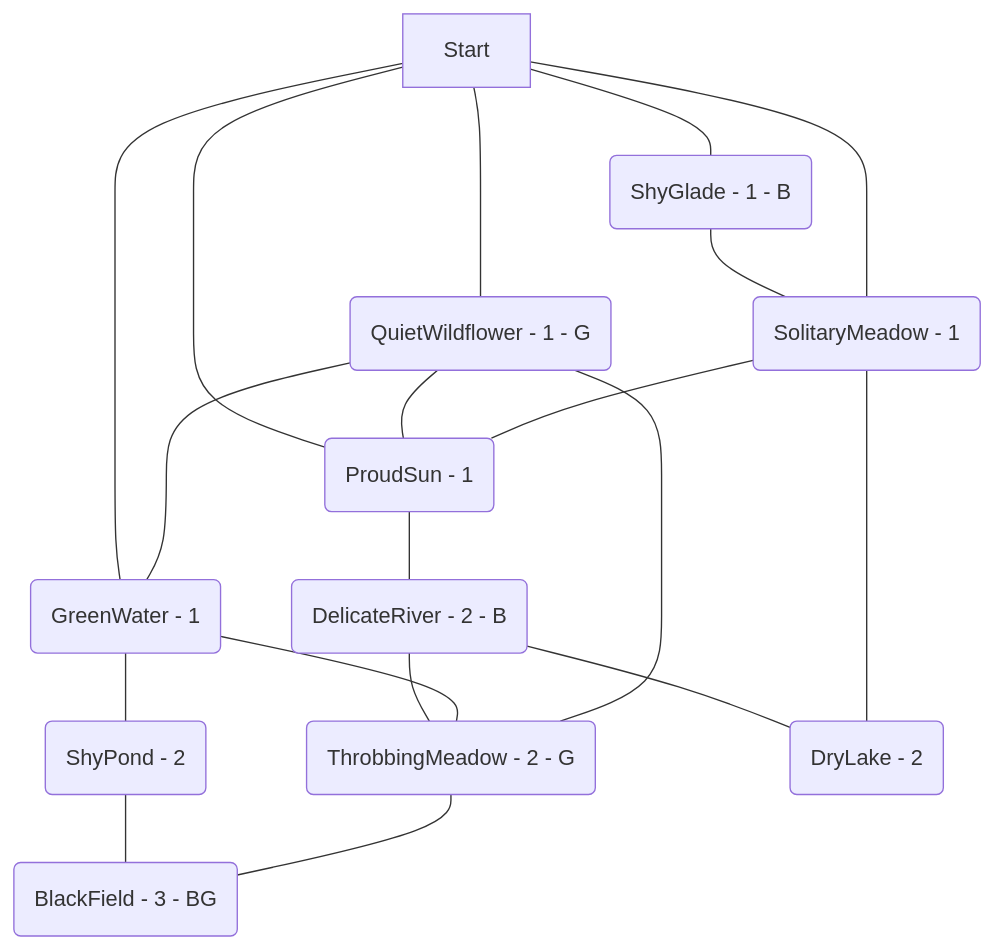
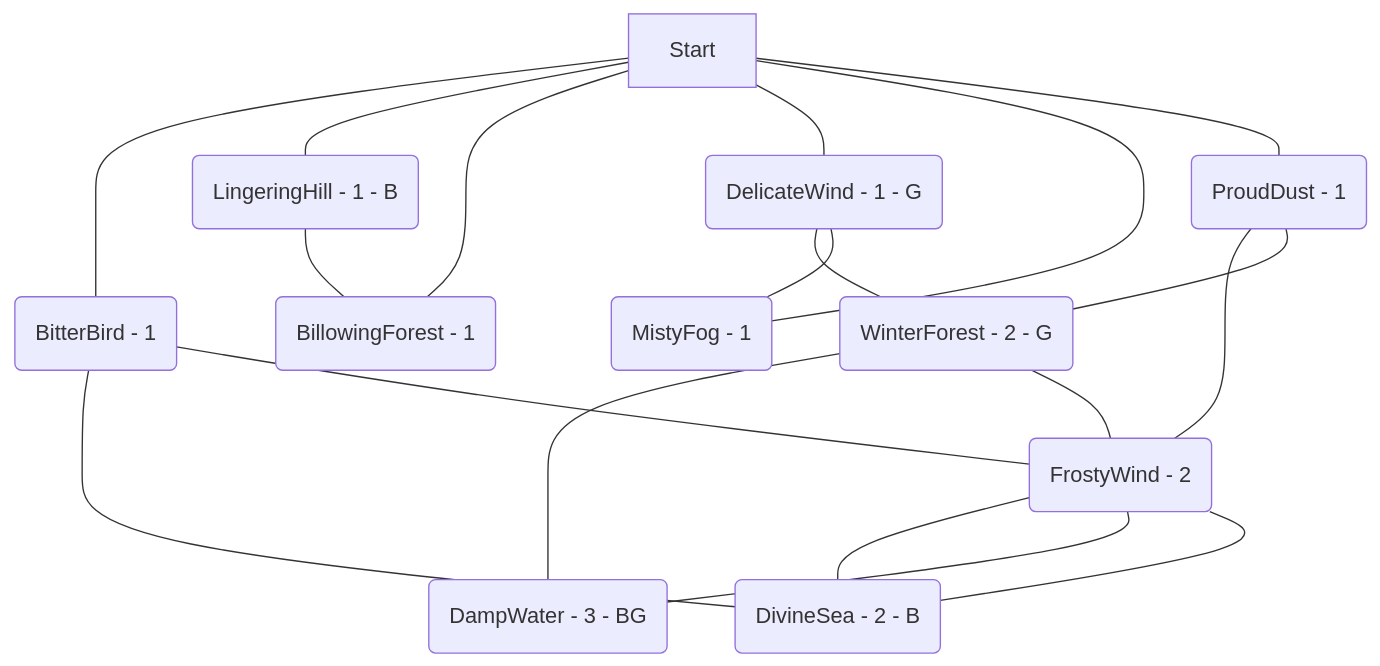
One commit to kinostl/Automatic-Liberation-Map changed the diagram in examples/008.md. Above: the diagram before and after it, drawn with Mermaid. The commit also changed other lines of this file and 9 other files, not shown here.

````diff
--- a/examples/008.md
+++ b/examples/008.md
@@ -3,21 +4,21 @@
 ```mermaid  
 flowchart TD  
-	Start --- sFODGfac(SolitaryMeadow - 1)  
-	gPilMANe(QuietWildflower - 1 - G) --- TIsnmBDj(ThrobbingMeadow - 2 - G)  
-	gPilMANe(QuietWildflower - 1 - G) --- WDxBUKvM(GreenWater - 1)  
-	WDxBUKvM(GreenWater - 1) --- NoPDauAF(ShyPond - 2)  
-	WDxBUKvM(GreenWater - 1) --- TIsnmBDj(ThrobbingMeadow - 2 - G)  
-	oKMFxtvi(ShyGlade - 1 - B) --- sFODGfac(SolitaryMeadow - 1)  
-	sFODGfac(SolitaryMeadow - 1) --- RPaxLnjJ(DryLake - 2)  
-	Start --- gPilMANe(QuietWildflower - 1 - G)  
-	sFODGfac(SolitaryMeadow - 1) --- lGfRYbJr(ProudSun - 1)  
-	gPilMANe(QuietWildflower - 1 - G) --- lGfRYbJr(ProudSun - 1)  
-	Start --- WDxBUKvM(GreenWater - 1)  
-	TIsnmBDj(ThrobbingMeadow - 2 - G) --- fBgxzdKh(BlackField - 3 - BG)  
-	NoPDauAF(ShyPond - 2) --- fBgxzdKh(BlackField - 3 - BG)  
-	Start --- oKMFxtvi(ShyGlade - 1 - B)  
-	Start --- lGfRYbJr(ProudSun - 1)  
-	JiPFQKYt(DelicateRiver - 2 - B) --- RPaxLnjJ(DryLake - 2)  
-	lGfRYbJr(ProudSun - 1) --- JiPFQKYt(DelicateRiver - 2 - B)  
-	JiPFQKYt(DelicateRiver - 2 - B) --- TIsnmBDj(ThrobbingMeadow - 2 - G)  
+	miTpXGyd(LingeringHill - 1 - B) --- TbKGLpia(BillowingForest - 1)  
+	EBIROsKr(WinterForest - 2 - G) --- GHqpVQbe(DampWater - 3 - BG)  
+	Start --- bXTlJHiy(BitterBird - 1)  
+	mIiZXBQK(FrostyWind - 2) --- YvrWZxKc(DivineSea - 2 - B)  
+	conYTyBg(DelicateWind - 1 - G) --- EBIROsKr(WinterForest - 2 - G)  
+	wSjenUIh(ProudDust - 1) --- mIiZXBQK(FrostyWind - 2)  
+	bXTlJHiy(BitterBird - 1) --- YvrWZxKc(DivineSea - 2 - B)  
+	EBIROsKr(WinterForest - 2 - G) --- mIiZXBQK(FrostyWind - 2)  
+	wSjenUIh(ProudDust - 1) --- EBIROsKr(WinterForest - 2 - G)  
+	mIiZXBQK(FrostyWind - 2) --- GHqpVQbe(DampWater - 3 - BG)  
+	Start --- miTpXGyd(LingeringHill - 1 - B)  
+	Start --- TbKGLpia(BillowingForest - 1)  
+	bXTlJHiy(BitterBird - 1) --- mIiZXBQK(FrostyWind - 2)  
+	Start --- conYTyBg(DelicateWind - 1 - G)  
+	Start --- SIxrPAKQ(MistyFog - 1)  
+	YvrWZxKc(DivineSea - 2 - B) --- mIiZXBQK(FrostyWind - 2)  
+	conYTyBg(DelicateWind - 1 - G) --- SIxrPAKQ(MistyFog - 1)  
+	Start --- wSjenUIh(ProudDust - 1)  
 ```  
````
